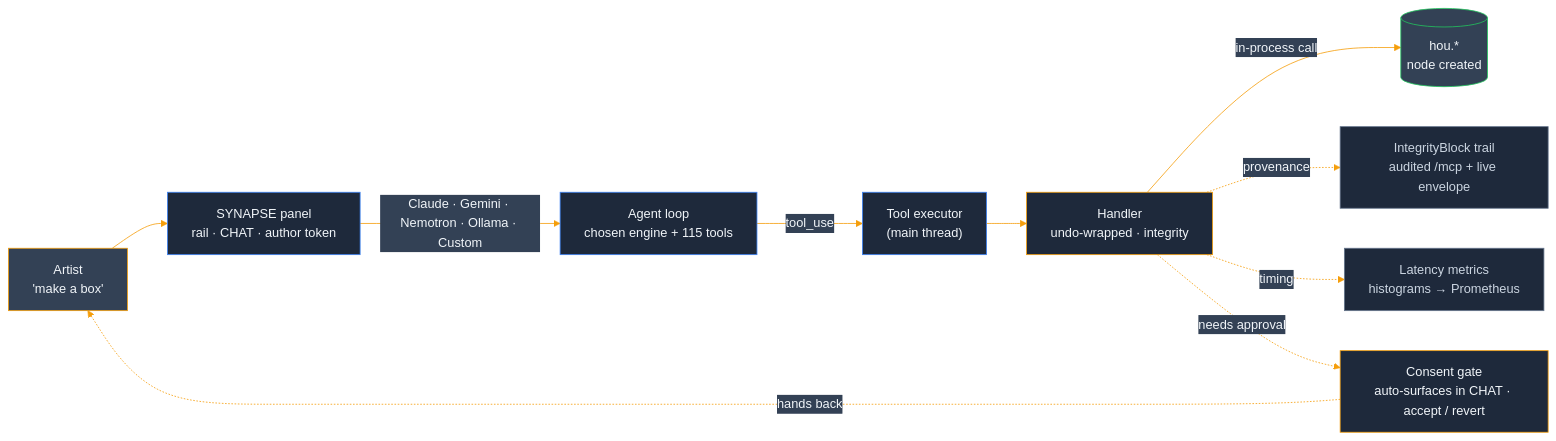
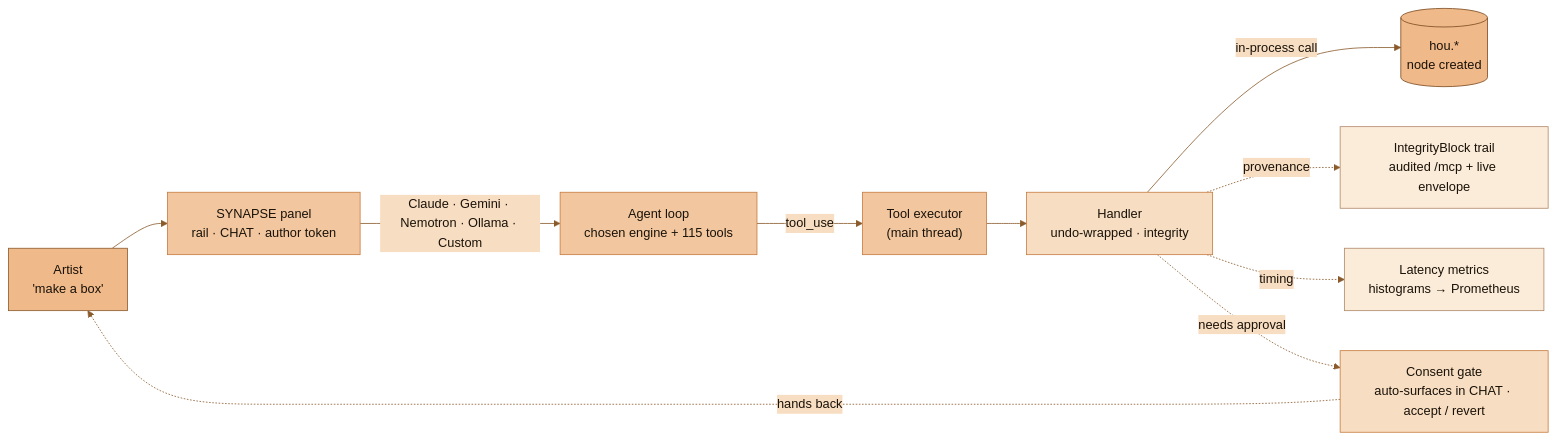
One commit to JosephOIbrahim/Synapse changed the first of 7 diagrams in README.md. Above: the diagram before and after it, drawn with Mermaid. The commit also changed other lines of this file, not shown here.

First line of the commit message:
docs(readme): ADHD-friendly pass + warm mermaid re-theme

````diff
--- a/README.md
+++ b/README.md
@@ -60,18 +60,18 @@
 ```mermaid
-%%{init: {'theme':'base', 'themeVariables': {'primaryColor':'#1e293b','primaryTextColor':'#f1f5f9','primaryBorderColor':'#0f172a','lineColor':'#f59e0b','secondaryColor':'#334155','tertiaryColor':'#475569'}}}%%
+%%{init: {'theme':'base', 'themeVariables': {'primaryColor':'#F2C7A0','primaryTextColor':'#1A1208','primaryBorderColor':'#C77B3F','lineColor':'#8A5A2B','secondaryColor':'#F7DDC2','tertiaryColor':'#FBEBD9','edgeLabelBackground':'#F7DDC2','clusterBkg':'#FBEBD9','clusterBorder':'#C77B3F'}}}%%
 flowchart LR
     ART["Artist<br/>'make a box'"]:::artist --> PANEL["SYNAPSE panel<br/>rail · CHAT · author token"]:::panel
     PANEL -->|"Claude · Gemini · Nemotron · Ollama · Custom"| LOOP["Agent loop<br/>chosen engine + 115 tools"]:::panel
     LOOP -->|"tool_use"| EXEC["Tool executor<br/>(main thread)"]:::panel
     EXEC --> BR["Handler<br/>undo-wrapped · integrity"]:::bridge
     BR -->|in-process call| HOU[("hou.*<br/>node created")]:::hou
     BR -.provenance.-> LEDGER["IntegrityBlock trail<br/>audited /mcp + live envelope"]:::side
     BR -.timing.-> METRICS["Latency metrics<br/>histograms → Prometheus"]:::side
     BR -.needs approval.-> GATE["Consent gate<br/>auto-surfaces in CHAT · accept / revert"]:::bridge
     GATE -.hands back.-> ART
-    classDef artist fill:#334155,stroke:#f59e0b,color:#f1f5f9
-    classDef panel fill:#1e293b,stroke:#3b82f6,color:#f1f5f9
-    classDef bridge fill:#1e293b,stroke:#f59e0b,color:#f1f5f9
-    classDef hou fill:#334155,stroke:#22c55e,color:#f1f5f9
-    classDef side fill:#1e293b,stroke:#64748b,color:#cbd5e1
+    classDef artist fill:#EFB98A,stroke:#8A5A2B,color:#1A1208
+    classDef panel fill:#F2C7A0,stroke:#C77B3F,color:#1A1208
+    classDef bridge fill:#F7DDC2,stroke:#C77B3F,color:#1A1208
+    classDef hou fill:#EFB98A,stroke:#7A4A1F,color:#1A1208
+    classDef side fill:#FBEBD9,stroke:#B08968,color:#1A1208
 ```
````
